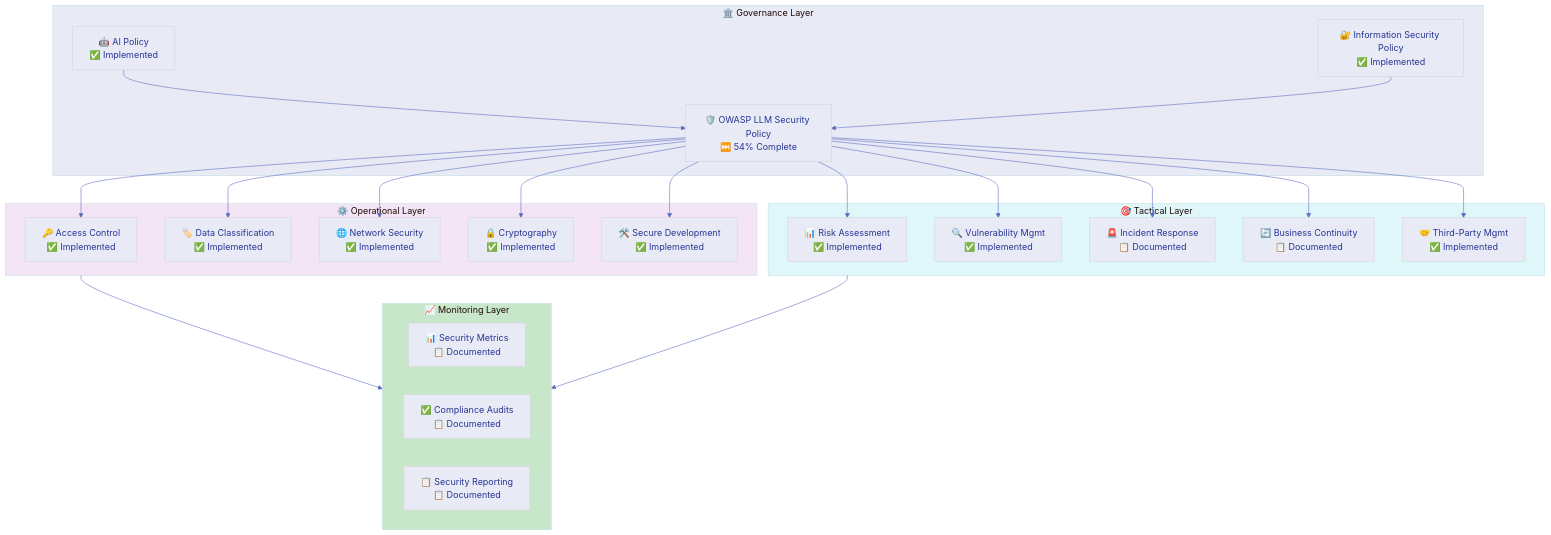
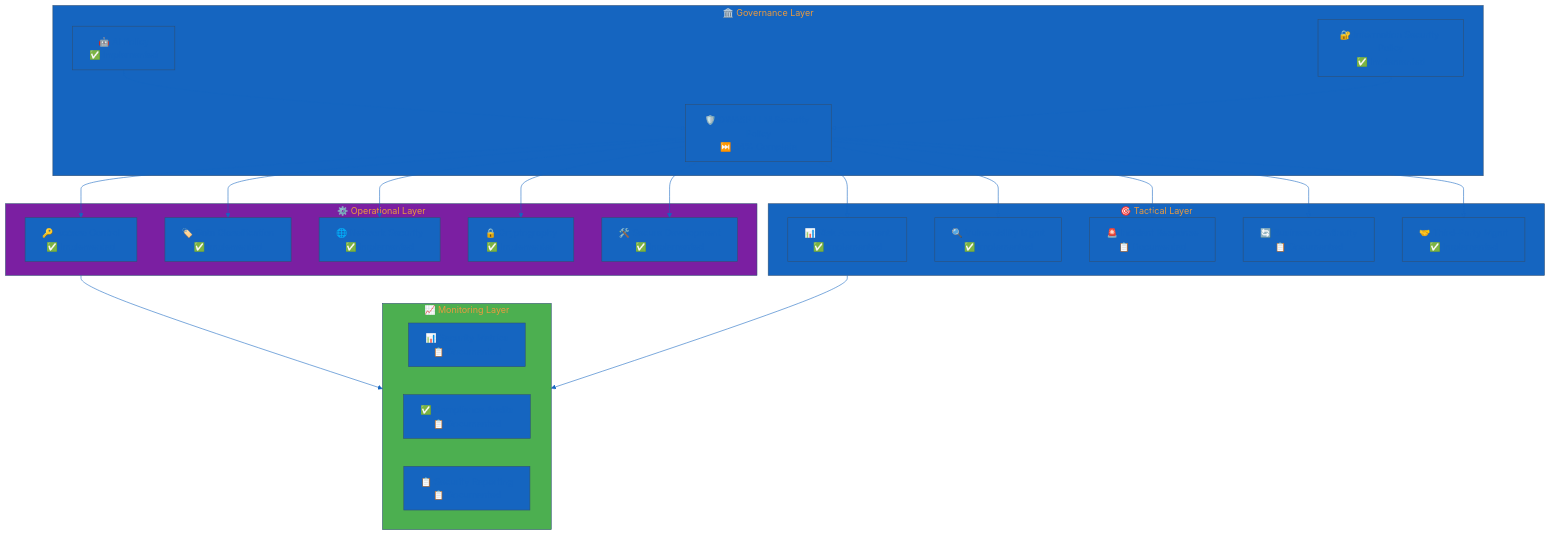
Diagram 15 of 15 in OWASP_LLM_Security_Policy.md (Hack23/ISMS-PUBLIC), drawn with Mermaid before and after one commit. The commit also changed other lines of this file and 35 other files, not shown here.

````diff
--- a/OWASP_LLM_Security_Policy.md
+++ b/OWASP_LLM_Security_Policy.md
@@ -2098,65 +1511,65 @@
 ```mermaid
 %%{
   init: {
     'theme': 'base',
     'themeVariables': {
-      'primaryColor': '#e8eaf6',
-      'primaryTextColor': '#283593',
-      'lineColor': '#5c6bc0',
-      'secondaryColor': '#f3e5f5',
-      'tertiaryColor': '#e0f7fa'
+      'primaryColor': '#1565C0',
+      'primaryTextColor': '#1565C0',
+      'lineColor': '#1565C0',
+      'secondaryColor': '#7B1FA2',
+      'tertiaryColor': '#1565C0'
     }
   }
 }%%
 graph TB
     subgraph GOVERNANCE["🏛️ Governance Layer"]
         AI[🤖 AI Policy<br/>✅ Implemented]
         ISP[🔐 Information Security Policy<br/>✅ Implemented]
         OWASP[🛡️ OWASP LLM Security Policy<br/>⏭️ 54% Complete]
     end
     
     subgraph OPERATIONAL["⚙️ Operational Layer"]
         ACCESS[🔑 Access Control<br/>✅ Implemented]
         DATA[🏷️ Data Classification<br/>✅ Implemented]
         NETWORK[🌐 Network Security<br/>✅ Implemented]
         CRYPTO[🔒 Cryptography<br/>✅ Implemented]
         SDLC[🛠️ Secure Development<br/>✅ Implemented]
     end
     
     subgraph TACTICAL["🎯 Tactical Layer"]
         RISK[📊 Risk Assessment<br/>✅ Implemented]
         VULN[🔍 Vulnerability Mgmt<br/>✅ Implemented]
         INCIDENT[🚨 Incident Response<br/>📋 Documented]
         BCP[🔄 Business Continuity<br/>📋 Documented]
         THIRD[🤝 Third-Party Mgmt<br/>✅ Implemented]
     end
     
     subgraph MONITORING["📈 Monitoring Layer"]
         METRICS[📊 Security Metrics<br/>📋 Documented]
         AUDIT[✅ Compliance Audits<br/>📋 Documented]
         REPORTING[📋 Security Reporting<br/>📋 Documented]
     end
     
     AI --> OWASP
     ISP --> OWASP
     
     OWASP --> ACCESS
     OWASP --> DATA
     OWASP --> NETWORK
     OWASP --> CRYPTO
     OWASP --> SDLC
     
     OWASP --> RISK
     OWASP --> VULN
     OWASP --> INCIDENT
     OWASP --> BCP
     OWASP --> THIRD
     
     OPERATIONAL --> MONITORING
     TACTICAL --> MONITORING
     
-    style GOVERNANCE fill:#e8eaf6
-    style OPERATIONAL fill:#f3e5f5
-    style TACTICAL fill:#e0f7fa
-    style MONITORING fill:#c8e6c9
+    style GOVERNANCE fill:#1565C0
+    style OPERATIONAL fill:#7B1FA2
+    style TACTICAL fill:#1565C0
+    style MONITORING fill:#4CAF50
 ```
````
